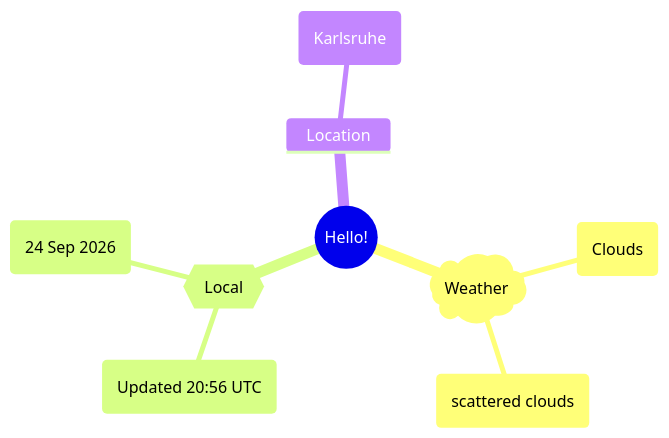
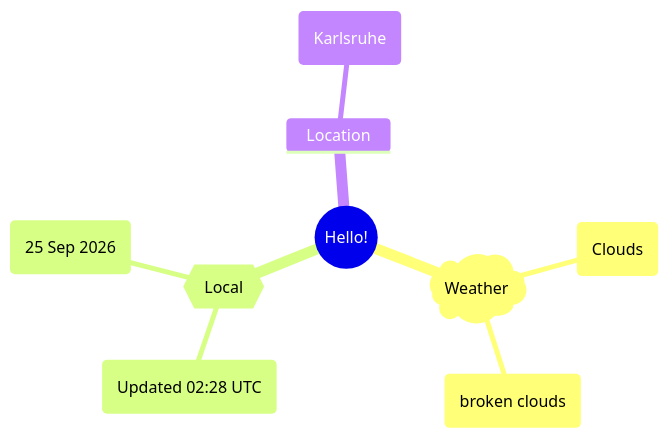
One commit to Xosrov/Xosrov changed the first of 2 diagrams in README.md. Above: the diagram before and after it, drawn with Mermaid.

Commit message:
[bot] updated images

````diff
--- a/README.md
+++ b/README.md
@@ -3,12 +3,12 @@
 ```mermaid
 mindmap
   root((Hello!))
     )Weather(
         (Clouds)
-        (scattered clouds)
+        (broken clouds)
     {{Local}}
-        (Updated 20:56 UTC)
-        (24 Sep 2026)
+        (Updated 02:28 UTC)
+        (25 Sep 2026)
     Location
         (Karlsruhe)
 ```
````
